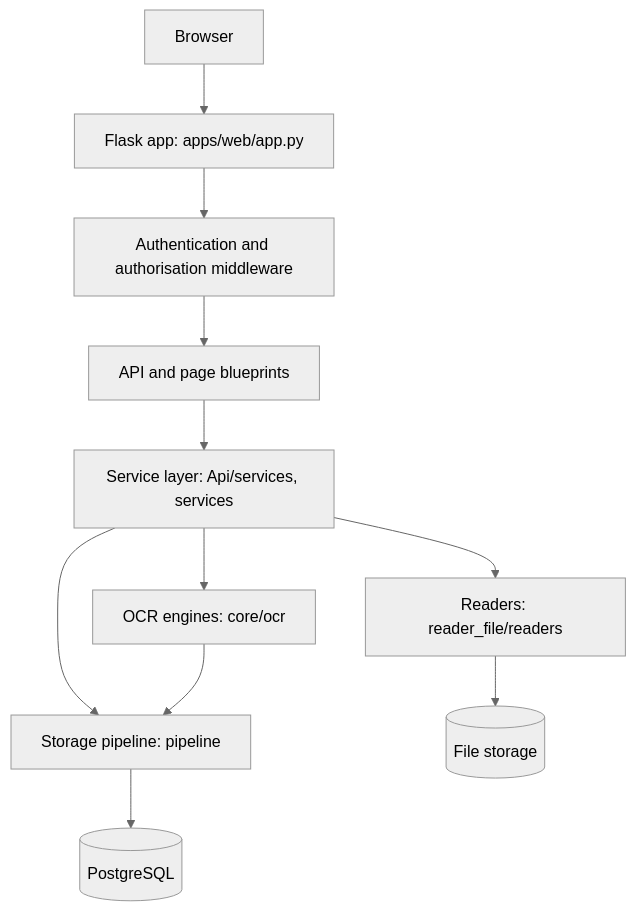
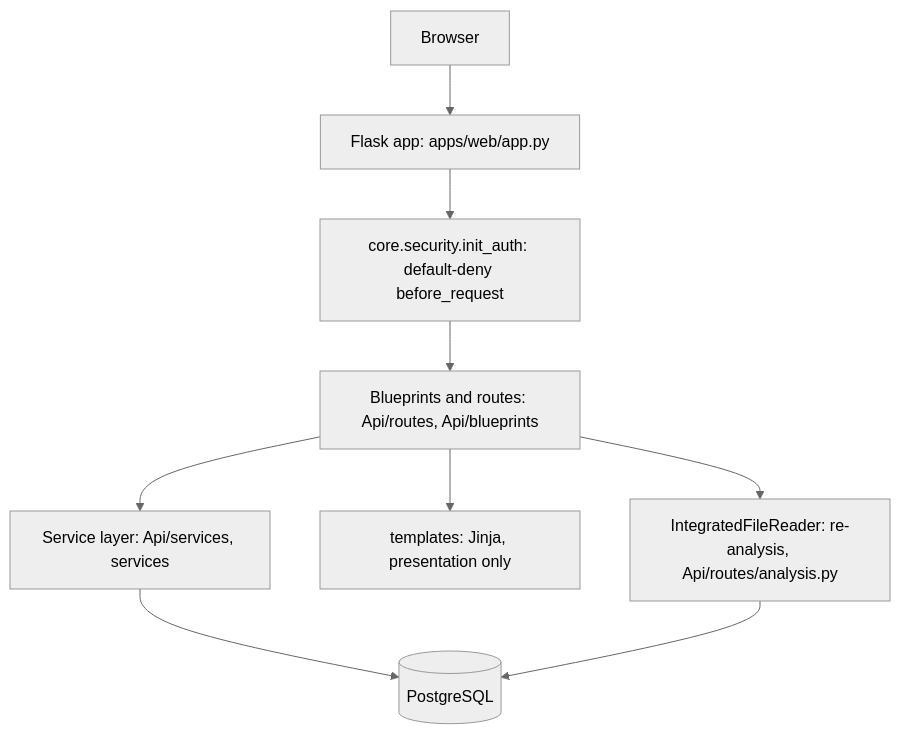
Before and after one commit to RussellTCrivello/SYLTHARAE-Pro: the first of 3 diagrams in docs/ARCHITECTURE.md, drawn with Mermaid (neutral theme). The commit also changed other lines of this file and 3 other files, not shown here.

````diff
--- a/docs/ARCHITECTURE.md
+++ b/docs/ARCHITECTURE.md
@@ -10,13 +19,11 @@
 ```mermaid
 flowchart TD
     Browser --> Flask[Flask app: apps/web/app.py]
-    Flask --> Auth[Authentication and authorisation middleware]
-    Auth --> Blueprint[API and page blueprints]
+    Flask --> Auth[core.security.init_auth: default-deny before_request]
+    Auth --> Blueprint[Blueprints and routes: Api/routes, Api/blueprints]
     Blueprint --> Service[Service layer: Api/services, services]
-    Service --> Reader[Readers: reader_file/readers]
-    Service --> OCR[OCR engines: core/ocr]
-    Service --> Pipeline[Storage pipeline: pipeline]
-    Pipeline --> DB[(PostgreSQL)]
-    Reader --> Storage[(File storage)]
-    OCR --> Pipeline
+    Service --> DB[(PostgreSQL)]
+    Blueprint --> Templates[templates: Jinja, presentation only]
+    Blueprint --> Pipeline[IntegratedFileReader: re-analysis, Api/routes/analysis.py]
+    Pipeline --> DB
 ```
````
